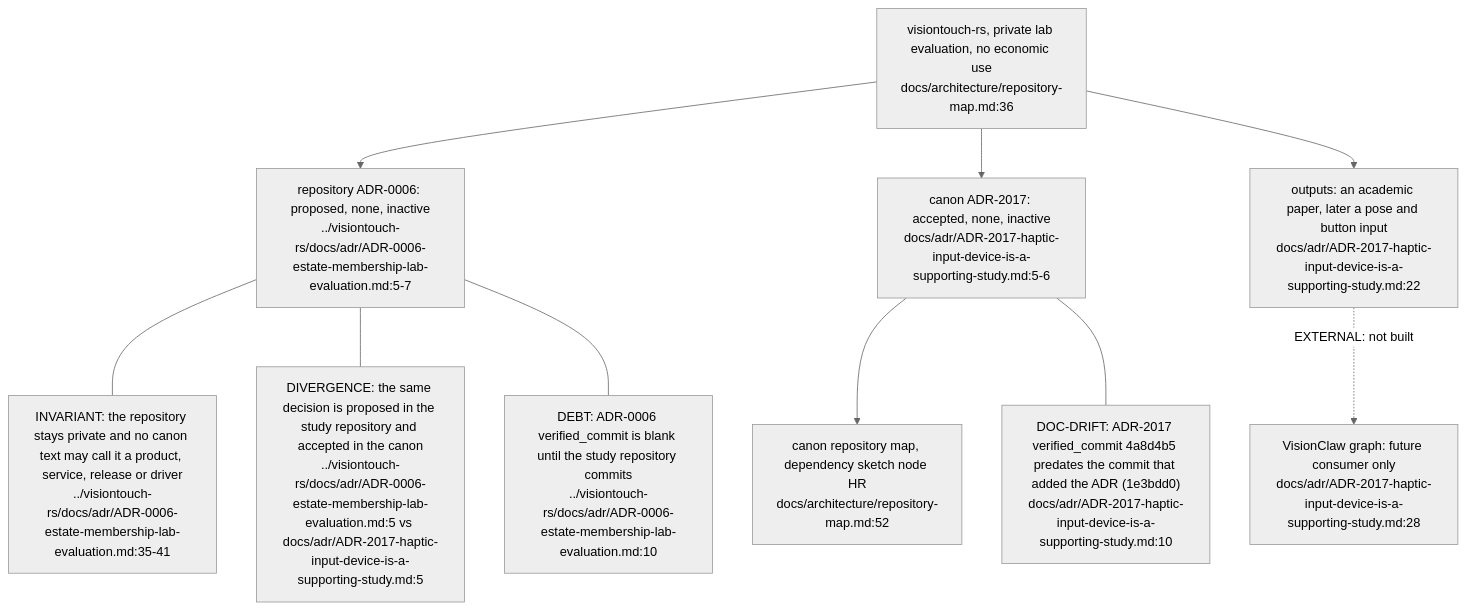
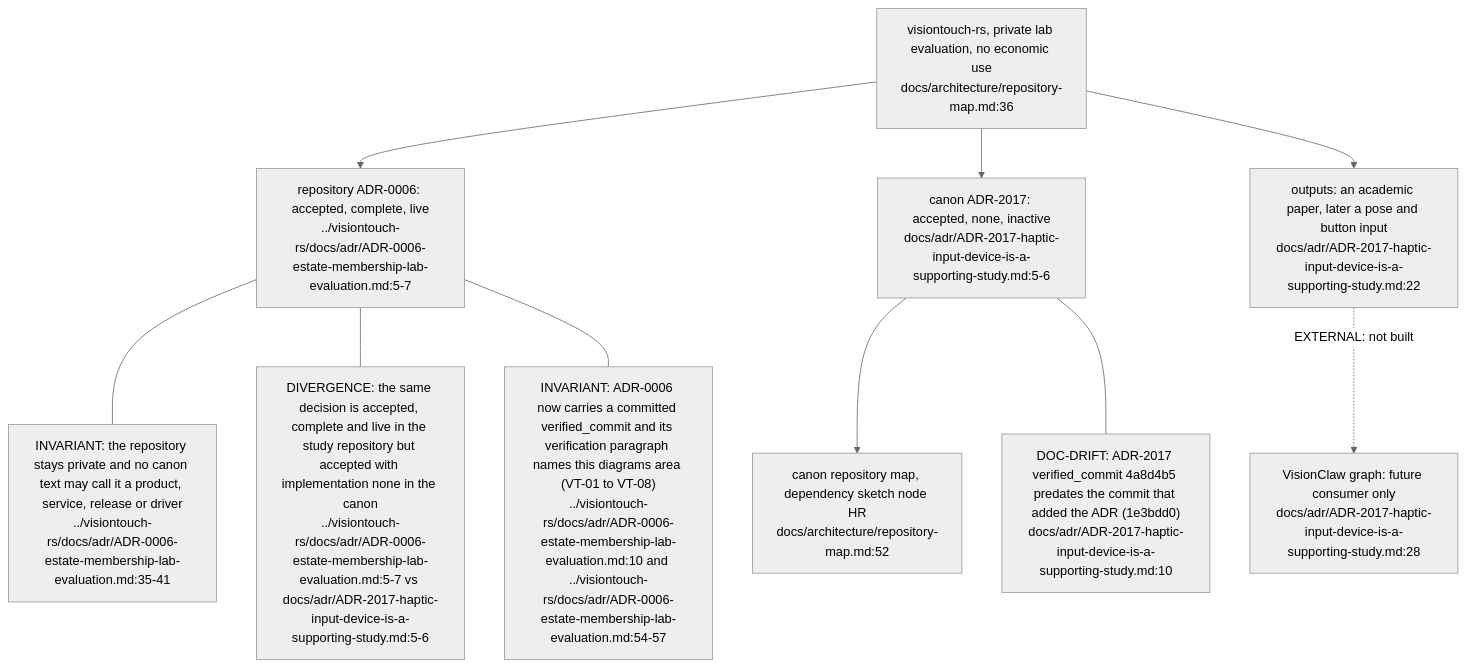
The first of 4 diagrams in docs/diagrams/visiontouch-rs/07-estate-position-and-future-visionclaw-grab-path.md (DreamLab-AI/VisionFlow), drawn with Mermaid (neutral theme) before and after one commit. The commit also changed other lines of this file and 9 other files, not shown here.

Commit message:
docs(diagrams): re-stamp VT-01 to VT-08 at visiontouch-rs 77898bc

````diff
--- a/docs/diagrams/visiontouch-rs/07-estate-position-and-future-visionclaw-grab-path.md
+++ b/docs/diagrams/visiontouch-rs/07-estate-position-and-future-visionclaw-grab-path.md
@@ -35,22 +35,22 @@
 ```mermaid
 flowchart TB
     HR["visiontouch-rs, private lab evaluation, no economic use<br/>docs/architecture/repository-map.md:36"]
-    A6["repository ADR-0006: proposed, none, inactive<br/>../visiontouch-rs/docs/adr/ADR-0006-estate-membership-lab-evaluation.md:5-7"]
+    A6["repository ADR-0006: accepted, complete, live<br/>../visiontouch-rs/docs/adr/ADR-0006-estate-membership-lab-evaluation.md:5-7"]
     A17["canon ADR-2017: accepted, none, inactive<br/>docs/adr/ADR-2017-haptic-input-device-is-a-supporting-study.md:5-6"]
     MAP["canon repository map, dependency sketch node HR<br/>docs/architecture/repository-map.md:52"]
     VC["VisionClaw graph: future consumer only<br/>docs/adr/ADR-2017-haptic-input-device-is-a-supporting-study.md:28"]
     OUT["outputs: an academic paper, later a pose and button input<br/>docs/adr/ADR-2017-haptic-input-device-is-a-supporting-study.md:22"]
     HR --> A6
     HR --> A17
     A17 --> MAP
     HR --> OUT
     OUT -. "EXTERNAL: not built" .-> VC
     N1["INVARIANT: the repository stays private and no canon text may call it a product, service, release or driver<br/>../visiontouch-rs/docs/adr/ADR-0006-estate-membership-lab-evaluation.md:35-41"]
-    N2["DIVERGENCE: the same decision is proposed in the study repository and accepted in the canon<br/>../visiontouch-rs/docs/adr/ADR-0006-estate-membership-lab-evaluation.md:5 vs docs/adr/ADR-2017-haptic-input-device-is-a-supporting-study.md:5"]
+    N2["DIVERGENCE: the same decision is accepted, complete and live in the study repository but accepted with implementation none in the canon<br/>../visiontouch-rs/docs/adr/ADR-0006-estate-membership-lab-evaluation.md:5-7 vs docs/adr/ADR-2017-haptic-input-device-is-a-supporting-study.md:5-6"]
     N3["DOC-DRIFT: ADR-2017 verified_commit 4a8d4b5 predates the commit that added the ADR (1e3bdd0)<br/>docs/adr/ADR-2017-haptic-input-device-is-a-supporting-study.md:10"]
-    N4["DEBT: ADR-0006 verified_commit is blank until the study repository commits<br/>../visiontouch-rs/docs/adr/ADR-0006-estate-membership-lab-evaluation.md:10"]
+    N4["INVARIANT: ADR-0006 now carries a committed verified_commit and its verification paragraph names this diagrams area (VT-01 to VT-08)<br/>../visiontouch-rs/docs/adr/ADR-0006-estate-membership-lab-evaluation.md:10 and ../visiontouch-rs/docs/adr/ADR-0006-estate-membership-lab-evaluation.md:54-57"]
     A6 --- N1
     A6 --- N2
     A17 --- N3
     A6 --- N4
 ```
````
